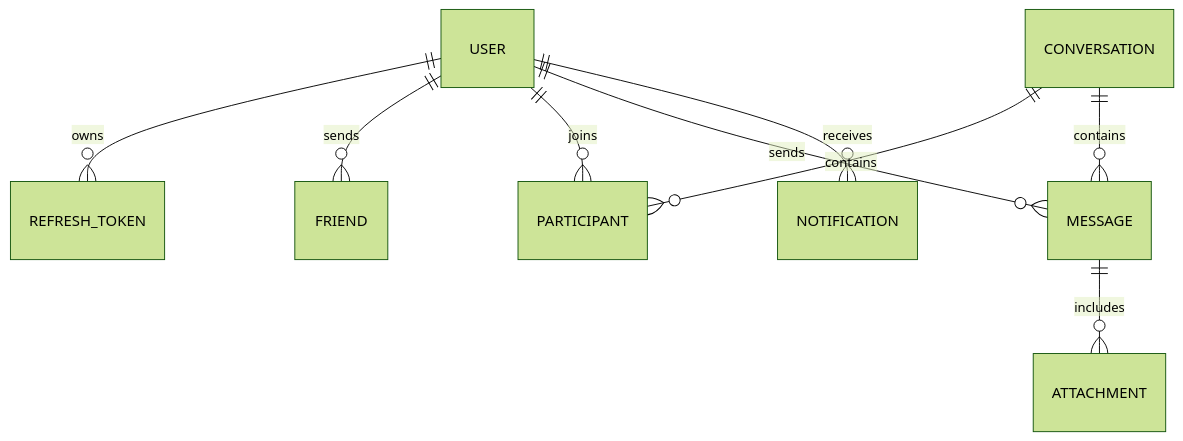
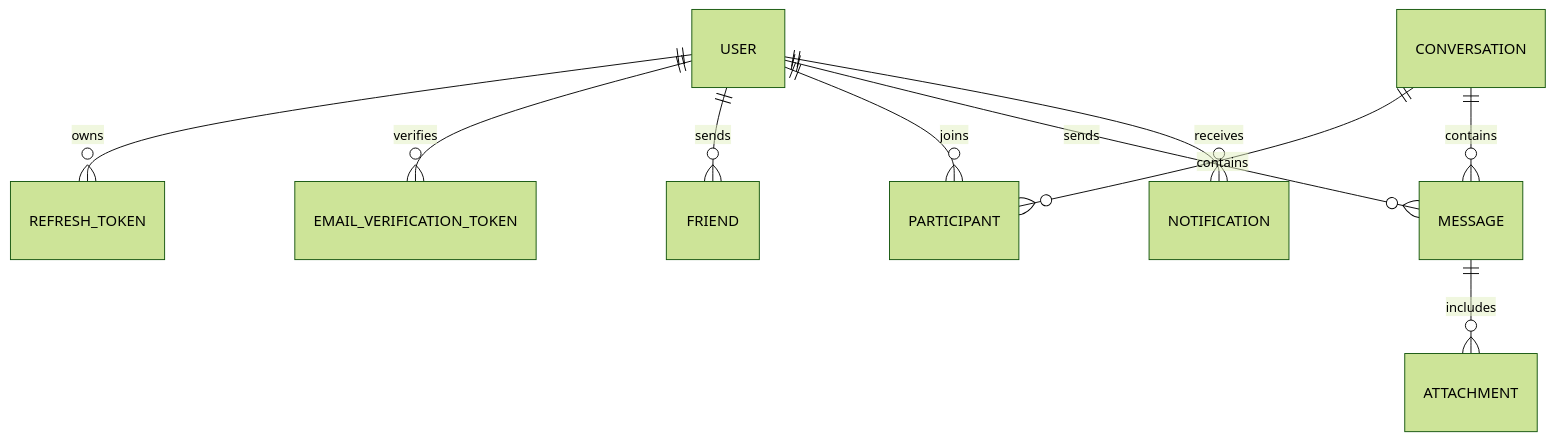
One commit to HenryPhan05/video-call-demo changed the diagram in docs/ER_DIAGRAM.md. Above: the diagram before and after it, drawn with Mermaid (forest theme). The commit also changed 28 other files, not shown here.

````diff
--- a/docs/ER_DIAGRAM.md
+++ b/docs/ER_DIAGRAM.md
@@ -3,11 +3,12 @@
 ```mermaid
 erDiagram
   USER ||--o{ REFRESH_TOKEN : owns
+  USER ||--o{ EMAIL_VERIFICATION_TOKEN : verifies
   USER ||--o{ FRIEND : sends
   USER ||--o{ PARTICIPANT : joins
   CONVERSATION ||--o{ PARTICIPANT : contains
   CONVERSATION ||--o{ MESSAGE : contains
   USER ||--o{ MESSAGE : sends
   MESSAGE ||--o{ ATTACHMENT : includes
   USER ||--o{ NOTIFICATION : receives
 ```
````
